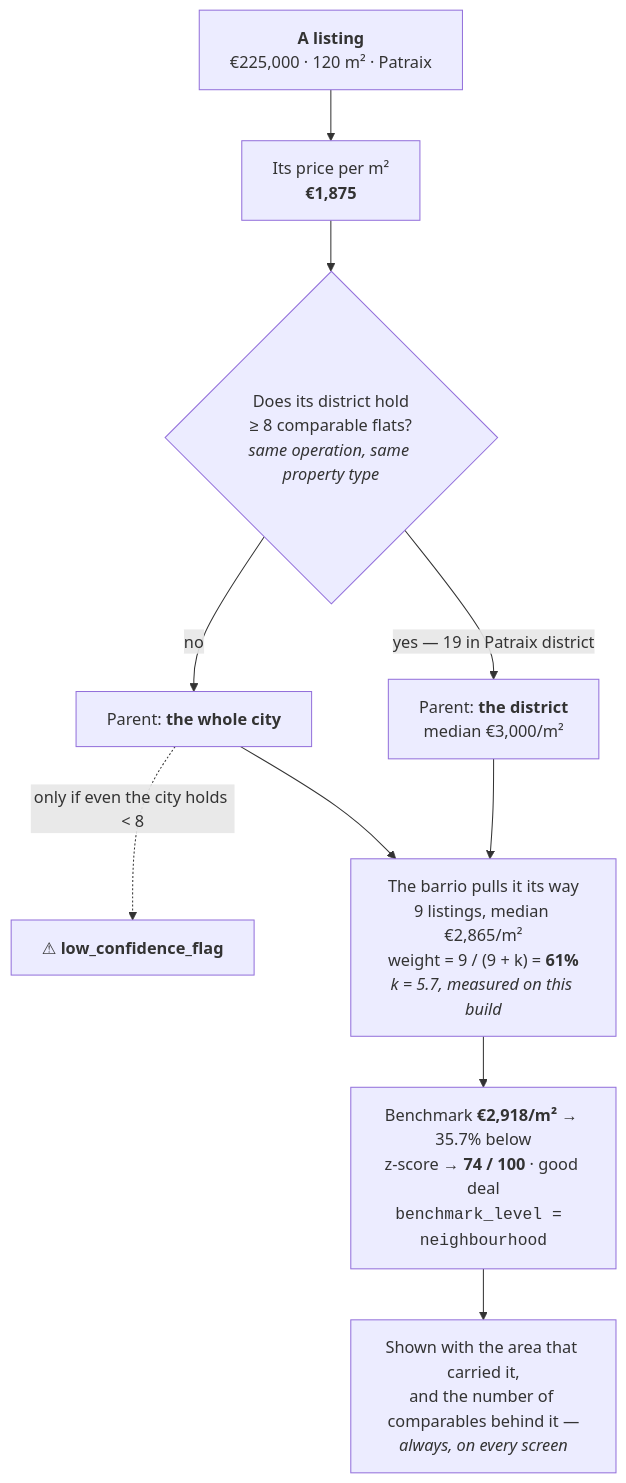
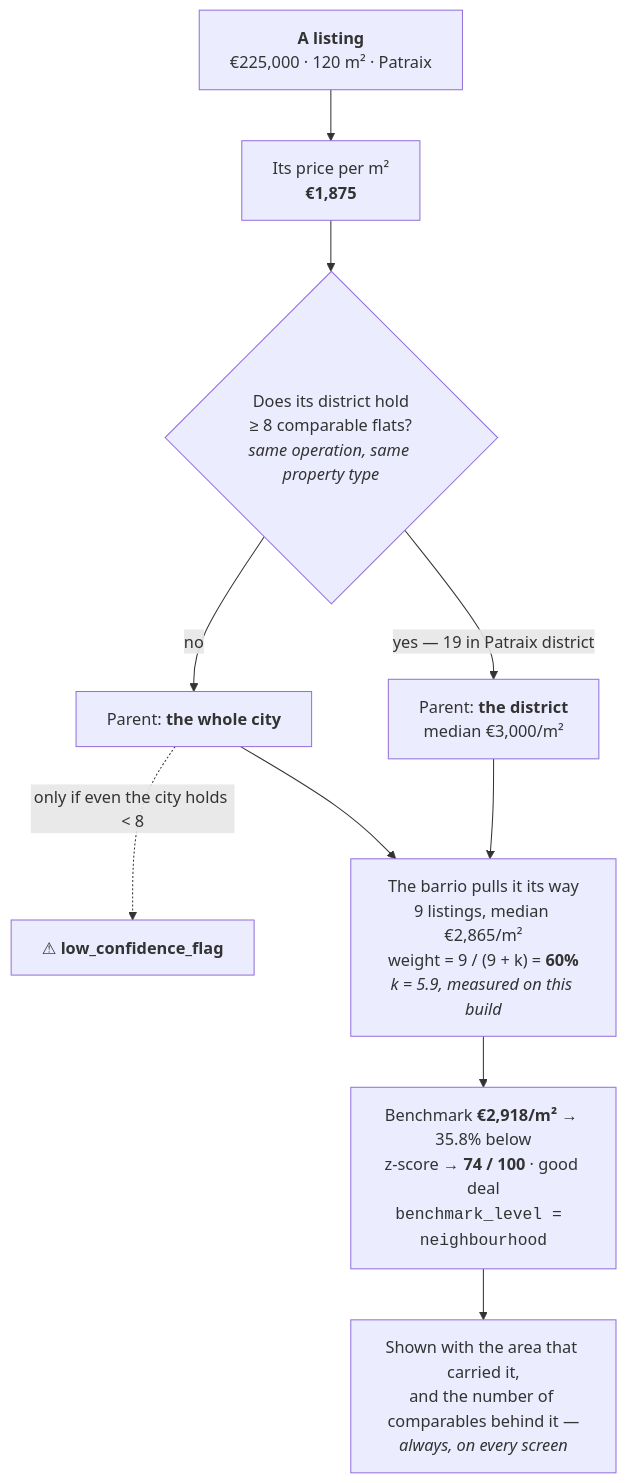
Before and after one commit to carlosdmv7/spanish-housing-radar: the second of 2 diagrams in README.md, drawn with Mermaid.

Commit message:
docs(readme): worked example uses prod's numbers after the rebuild
The scoring diagram was drawn from the ci_* build (k = 5.7). Prod, rebuilt,
has k = 5.9: the same Patraix flat gets a 60% barrio weight and sits 35.8%
below its benchmark, which is what the app shows.

````diff
--- a/README.md
+++ b/README.md
@@ -193,16 +193,16 @@
 ```mermaid
 flowchart TD
     L["<b>A listing</b><br/>€225,000 · 120 m² · Patraix"] --> P["Its price per m²<br/><b>€1,875</b>"]
     P --> Q{"Does its district hold<br/>≥ 8 comparable flats?<br/><i>same operation, same property type</i>"}
 
     Q -->|"yes — 19 in Patraix district"| D["Parent: <b>the district</b><br/>median €3,000/m²"]
     Q -->|no| C["Parent: <b>the whole city</b>"]
     C -.->|"only if even the city holds &lt; 8"| W["⚠ <b>low_confidence_flag</b>"]
 
-    D --> B["The barrio pulls it its way<br/>9 listings, median €2,865/m²<br/>weight = 9 / (9 + k) = <b>61%</b><br/><i>k = 5.7, measured on this build</i>"]
+    D --> B["The barrio pulls it its way<br/>9 listings, median €2,865/m²<br/>weight = 9 / (9 + k) = <b>60%</b><br/><i>k = 5.9, measured on this build</i>"]
     C --> B
 
-    B --> S["Benchmark <b>€2,918/m²</b> → 35.7% below<br/>z-score → <b>74 / 100</b> · good deal<br/><code>benchmark_level = neighbourhood</code>"]
+    B --> S["Benchmark <b>€2,918/m²</b> → 35.8% below<br/>z-score → <b>74 / 100</b> · good deal<br/><code>benchmark_level = neighbourhood</code>"]
 
     S --> U["Shown with the area that carried it,<br/>and the number of comparables behind it —<br/><i>always, on every screen</i>"]
 ```
````
